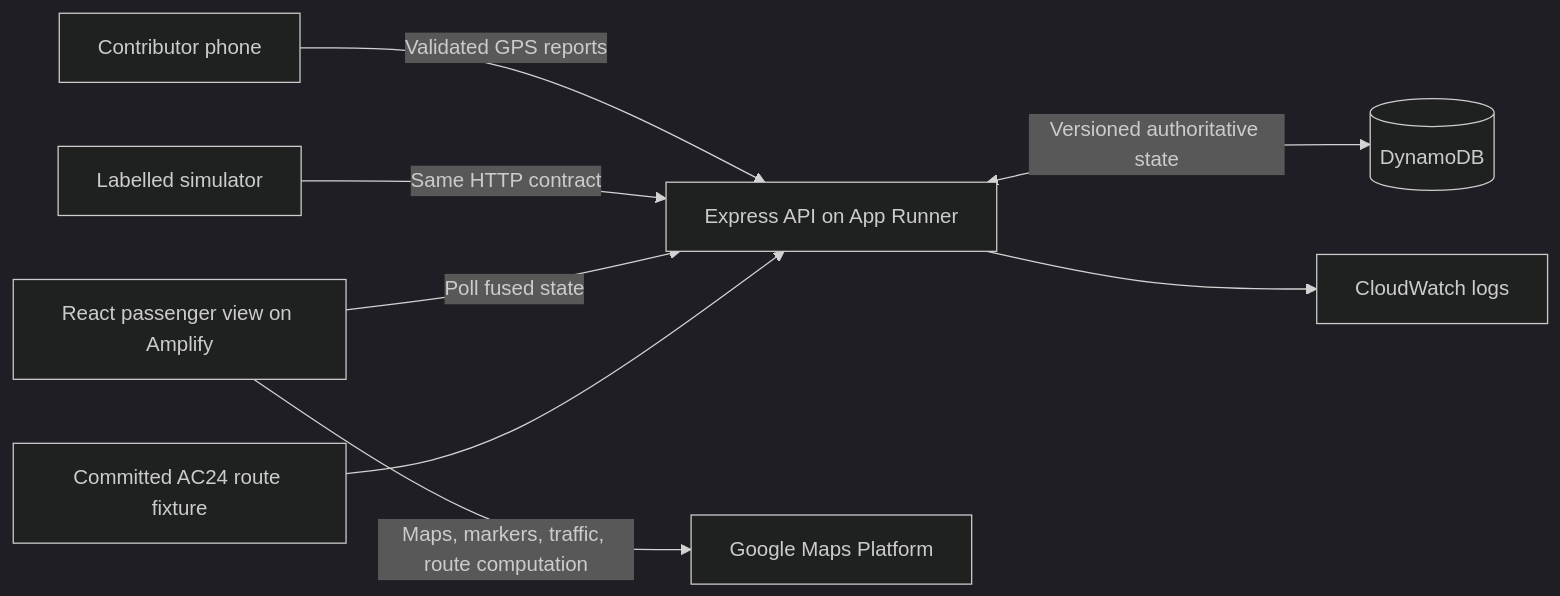
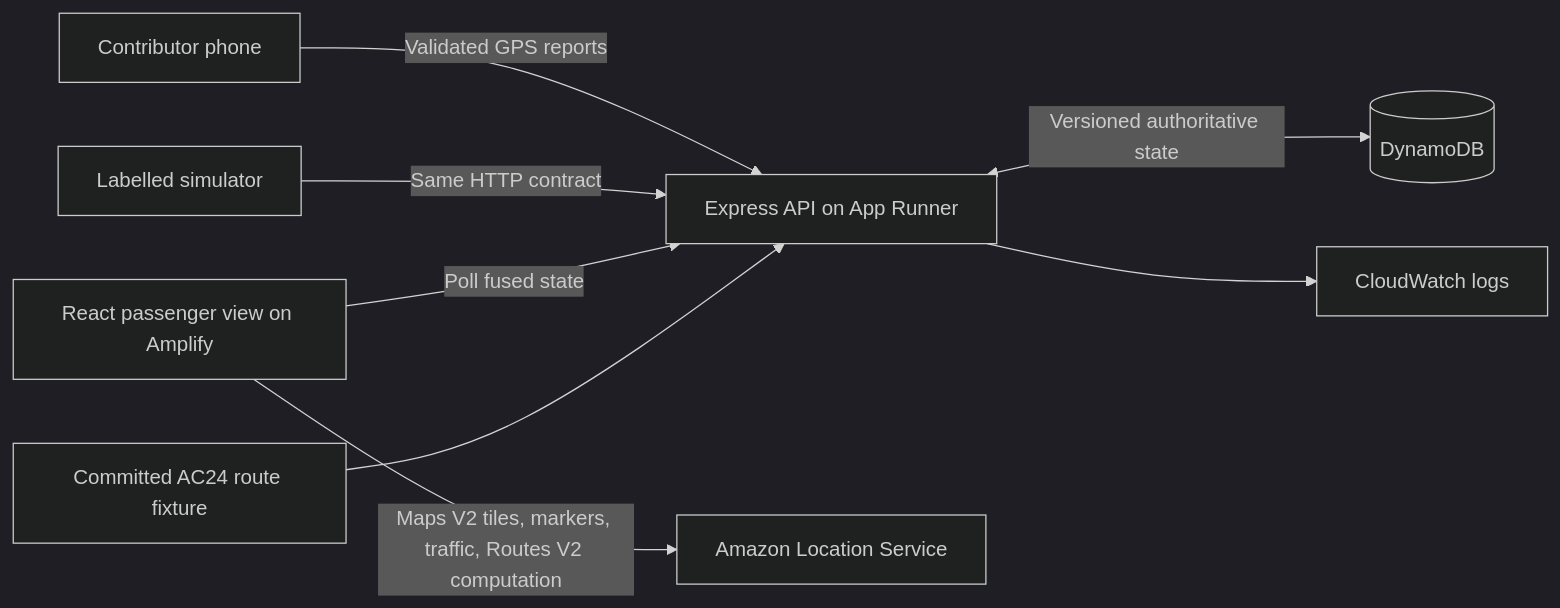
Before and after one commit to avigyan-roy/BusKothaye: the diagram in INSTRUCTIONS.md, drawn with Mermaid (dark theme). The commit also changed other lines of this file and 110 other files, not shown here.

Commit message:
feat: passenger discovery, return route, and amazon location map integration

````diff
--- a/INSTRUCTIONS.md
+++ b/INSTRUCTIONS.md
@@ -104,10 +104,10 @@
 ```mermaid
 flowchart LR
   PHONE[Contributor phone] -->|Validated GPS reports| API[Express API on App Runner]
   SIM[Labelled simulator] -->|Same HTTP contract| API
   WEB[React passenger view on Amplify] -->|Poll fused state| API
   API <-->|Versioned authoritative state| DB[(DynamoDB)]
-  WEB -->|Maps, markers, traffic, route computation| MAPS[Google Maps Platform]
+  WEB -->|Maps V2 tiles, markers, traffic, Routes V2 computation| MAPS[Amazon Location Service]
   API --> LOGS[CloudWatch logs]
   ROUTE[Committed AC24 route fixture] --> API
 ```
````
